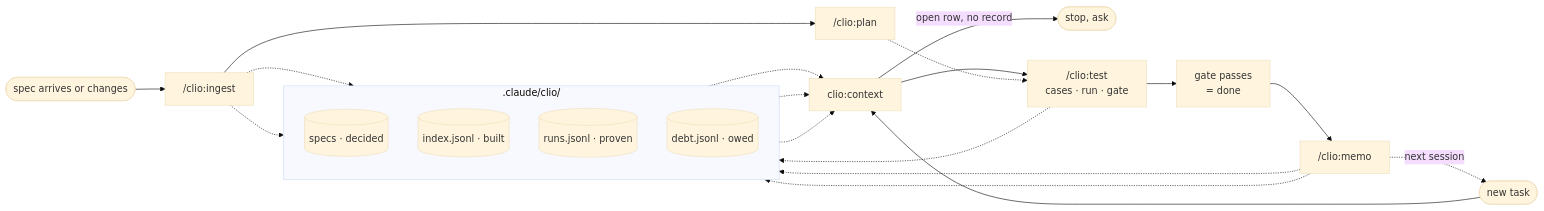
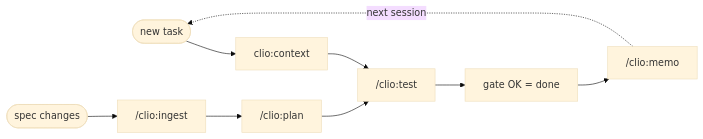
Before and after one commit to nhhthong/clio: the diagram in README.md, drawn with Mermaid (base theme). The commit also changed other lines of this file and 1 other file, not shown here.

````diff
--- a/README.md
+++ b/README.md
@@ -186,23 +89,5 @@
 ```mermaid
 flowchart LR
-    subgraph ledgers[".claude/clio/"]
-        direction TB
-        S[("specs · decided")]
-        I[("index.jsonl · built")]
-        E[("runs.jsonl · proven")]
-        D[("debt.jsonl · owed")]
-    end
-
-    A(["new task"]) --> B["clio:context"]
-    S & I & D -.-> B
-    B -- "open row, no record" --> X(["stop, ask"])
-    B --> T["/clio:test<br/>cases · run · gate"]
-    T -.-> E
-    T --> C["gate passes<br/>= done"]
-    C --> M["/clio:memo"]
-    M -.-> I & D
-    M -. "next session" .-> A
-
-    R(["spec arrives or changes"]) --> U["/clio:ingest"] -.-> S & D
-    U --> P["/clio:plan"] -.-> T
+    A(["new task"]) --> B["clio:context"] --> T["/clio:test"] --> G["gate OK = done"] --> M["/clio:memo"] -. next session .-> A
+    R(["spec changes"]) --> U["/clio:ingest"] --> P["/clio:plan"] --> T
 ```
````
